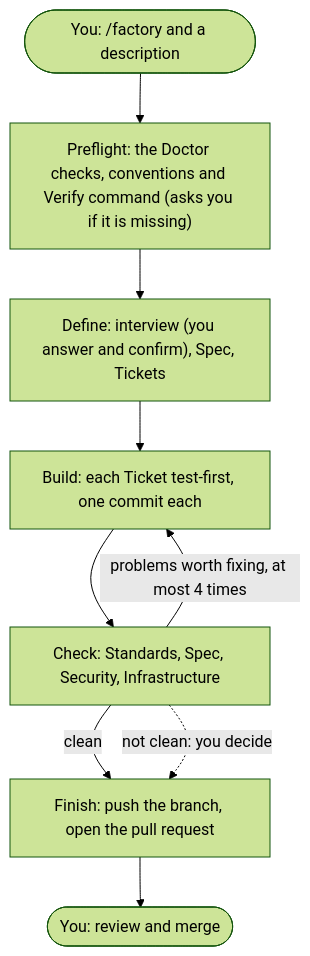
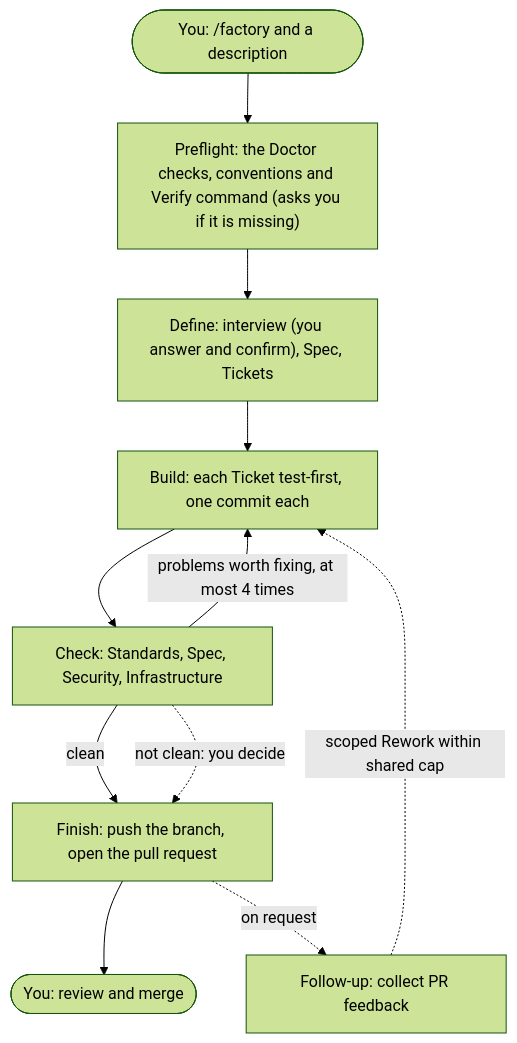
Before and after one commit to TDSchreur/tds-factory: the first of 3 diagrams in docs/usage.md, drawn with Mermaid (forest theme). The commit also changed other lines of this file and 52 other files, not shown here.

First line of the commit message:
Add the Follow-up Stage after Finish (#258)

````diff
--- a/docs/usage.md
+++ b/docs/usage.md
@@ -7,11 +7,13 @@
 ```mermaid
 flowchart TB
     start(["You: /factory and a description"]) --> pre["Preflight: the Doctor checks, conventions and Verify command (asks you if it is missing)"]
     pre --> define["Define: interview (you answer and confirm), Spec, Tickets"]
     define --> build["Build: each Ticket test-first, one commit each"]
     build --> check["Check: Standards, Spec, Security, Infrastructure"]
     check -->|"problems worth fixing, at most 4 times"| build
     check -->|"clean"| finish["Finish: push the branch, open the pull request"]
     check -.->|"not clean: you decide"| finish
     finish --> review(["You: review and merge"])
+    finish -.->|"on request"| followup["Follow-up: collect PR feedback"]
+    followup -.->|"scoped Rework within shared cap"| build
 ```
````
